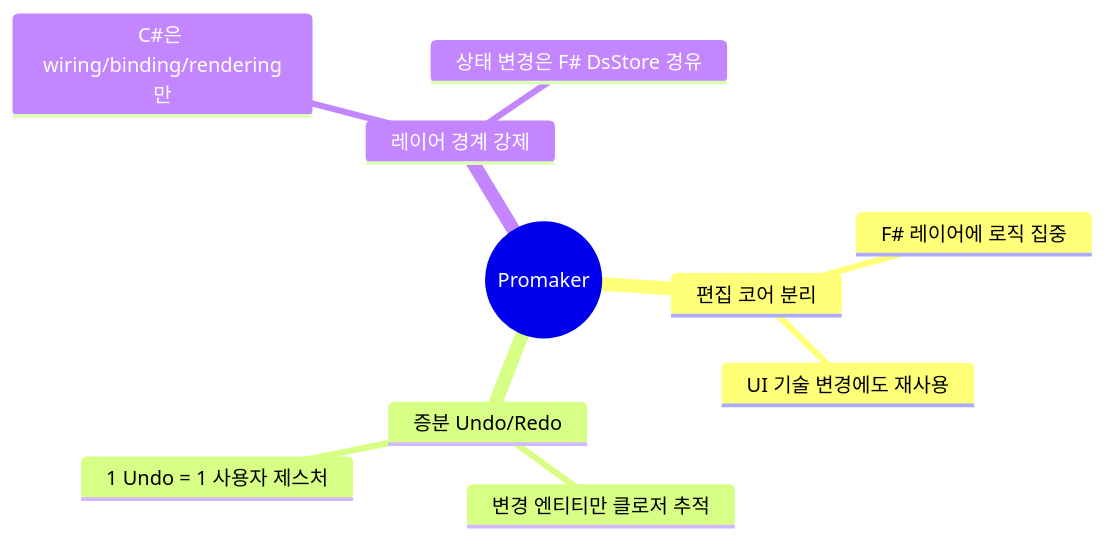
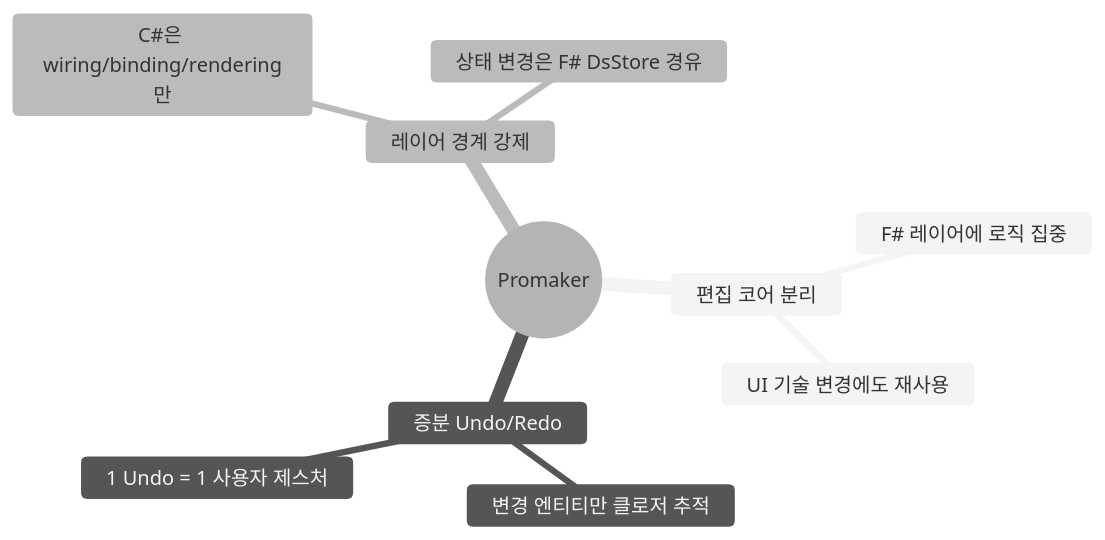
The first of 7 diagrams in README.md (DualsoftDev/ds2), drawn with Mermaid before and after one commit.

````diff
--- a/README.md
+++ b/README.md
@@ -22,13 +22,14 @@
 ```mermaid
+%%{init: {'theme': 'neutral'}}%%
 mindmap
   root((Promaker))
     편집 코어 분리
       F# 레이어에 로직 집중
       UI 기술 변경에도 재사용
     증분 Undo/Redo
       변경 엔티티만 클로저 추적
       1 Undo = 1 사용자 제스처
     레이어 경계 강제
       C#은 wiring/binding/rendering만
       상태 변경은 F# DsStore 경유
 ```
````
